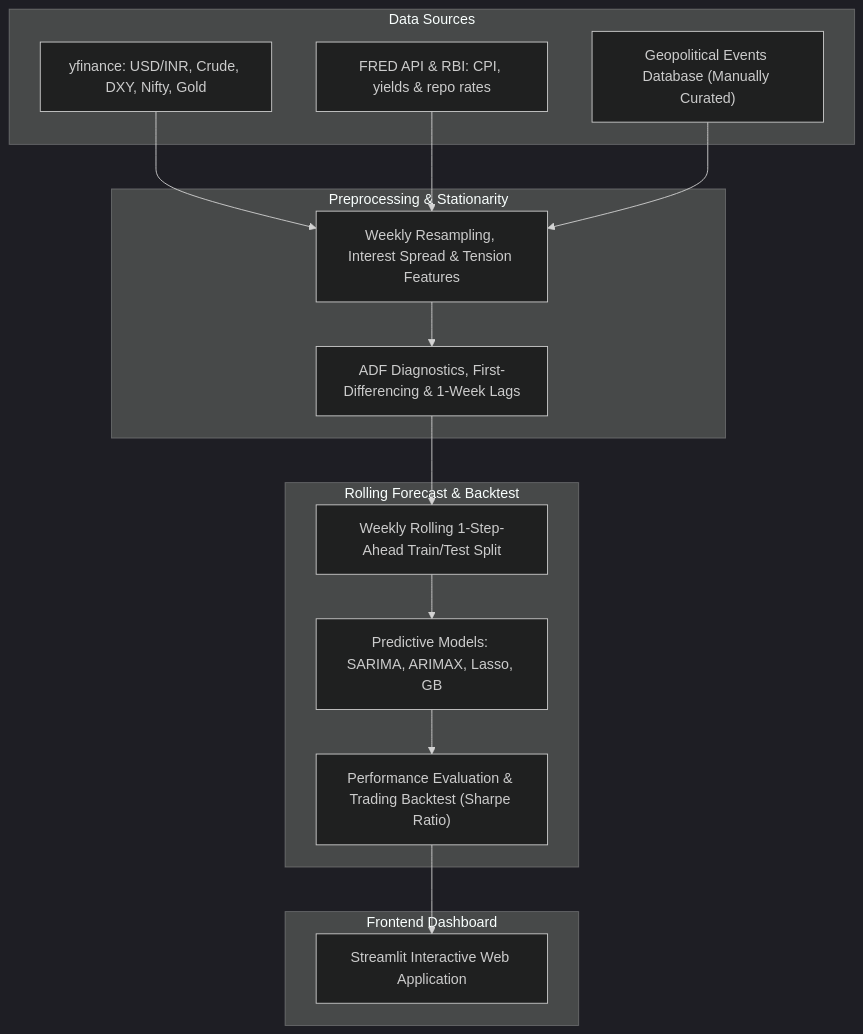
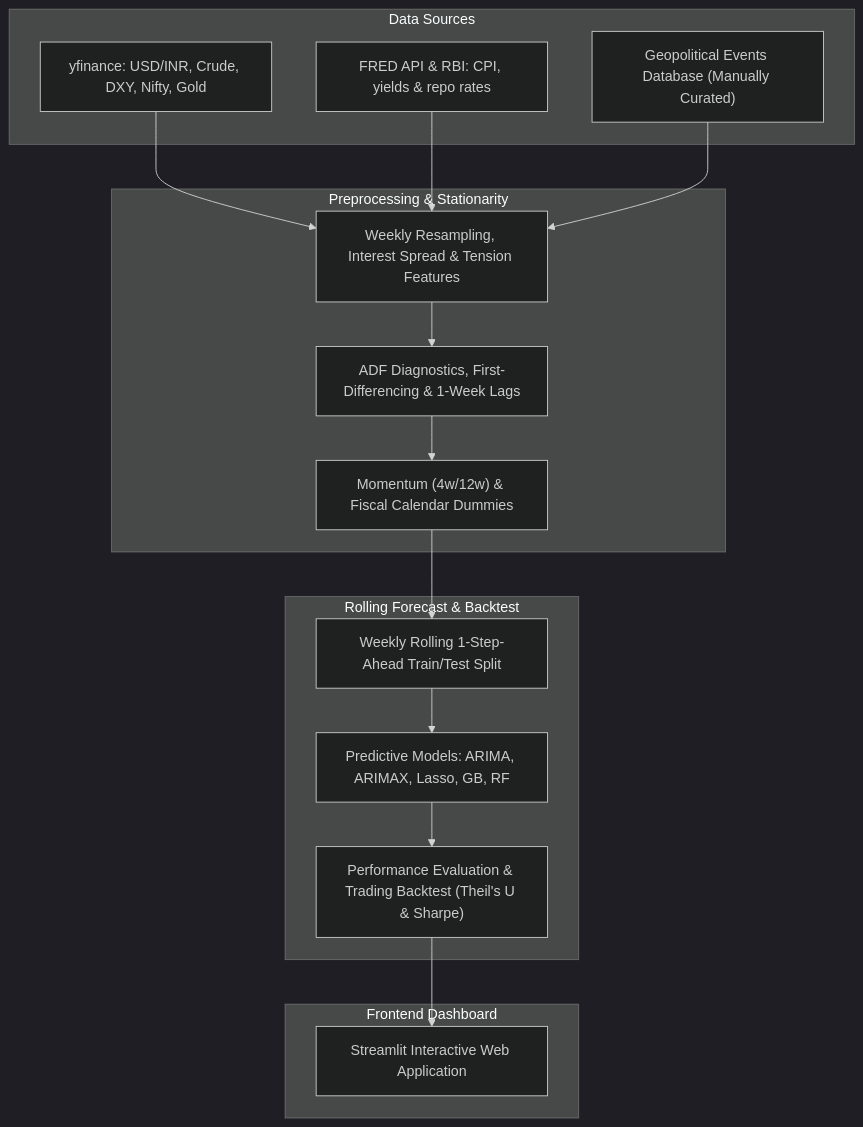
The diagram in README.md (srishti7103/RupeeRisk), drawn with Mermaid (dark theme) before and after one commit. The commit also changed other lines of this file and 18 other files, not shown here.

Commit message:
Overhaul USD/INR forecasting pipeline and dashboard with 200w backtest, ARIMA baseline, and carry disclosures

````diff
--- a/README.md
+++ b/README.md
@@ -16,35 +20,37 @@
 ```mermaid
 graph TD
     %% Data Sources
     subgraph Data Sources
         YF["yfinance: USD/INR, Crude, DXY, Nifty, Gold"]
         FRED["FRED API & RBI: CPI, yields & repo rates"]
         GEOP["Geopolitical Events Database (Manually Curated)"]
     end
 
     %% Preprocessing & Engine
     subgraph Preprocessing & Stationarity
         PREP["Weekly Resampling, Interest Spread & Tension Features"]
         ENG["ADF Diagnostics, First-Differencing & 1-Week Lags"]
+        FEAT["Momentum (4w/12w) & Fiscal Calendar Dummies"]
     end
 
     %% Modeling Loop
     subgraph Rolling Forecast & Backtest
         LOOP["Weekly Rolling 1-Step-Ahead Train/Test Split"]
-        MODELS["Predictive Models: SARIMA, ARIMAX, Lasso, GB"]
-        EVAL["Performance Evaluation & Trading Backtest (Sharpe Ratio)"]
+        MODELS["Predictive Models: ARIMA, ARIMAX, Lasso, GB, RF"]
+        EVAL["Performance Evaluation & Trading Backtest (Theil's U & Sharpe)"]
     end
 
     %% Serve
     subgraph Frontend Dashboard
         APP["Streamlit Interactive Web Application"]
     end
 
     %% Flow Connections
     YF & FRED & GEOP --> PREP
     PREP --> ENG
-    ENG --> LOOP
+    ENG --> FEAT
+    FEAT --> LOOP
     LOOP --> MODELS
     MODELS --> EVAL
     EVAL --> APP
 ```
````
